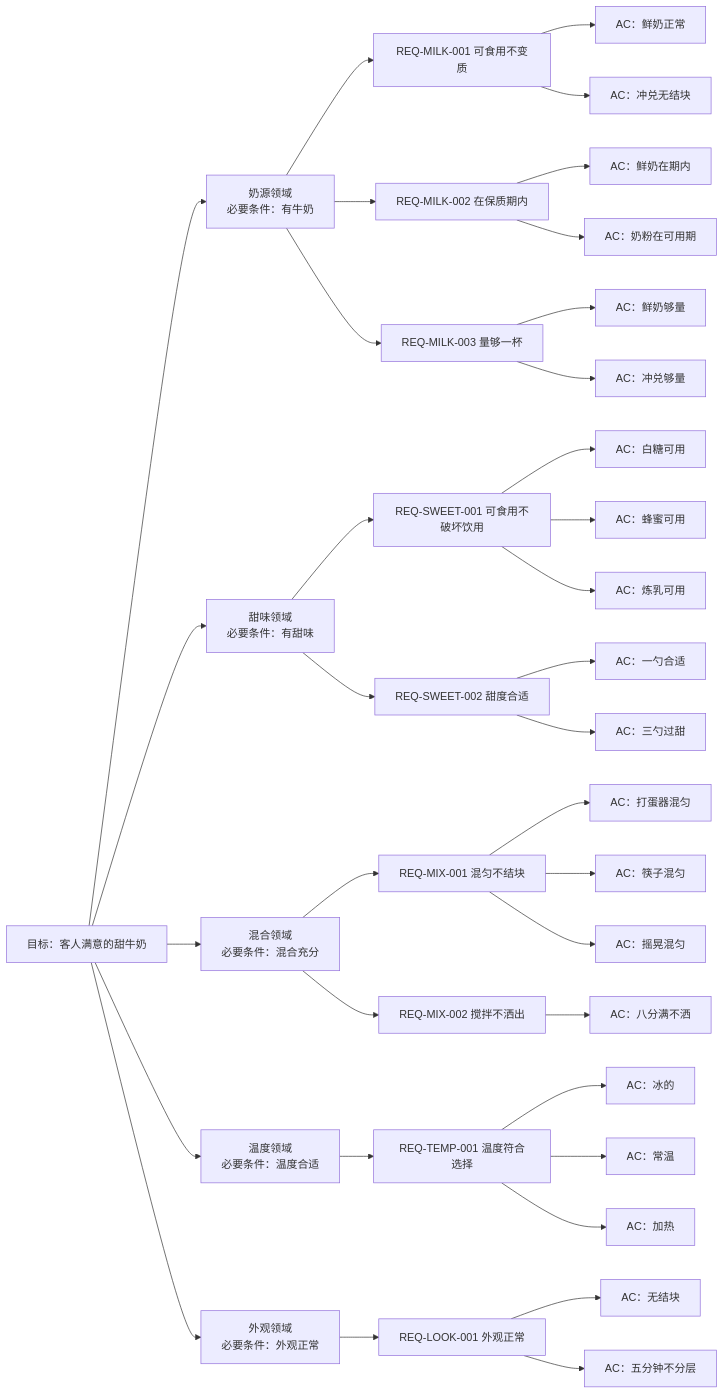
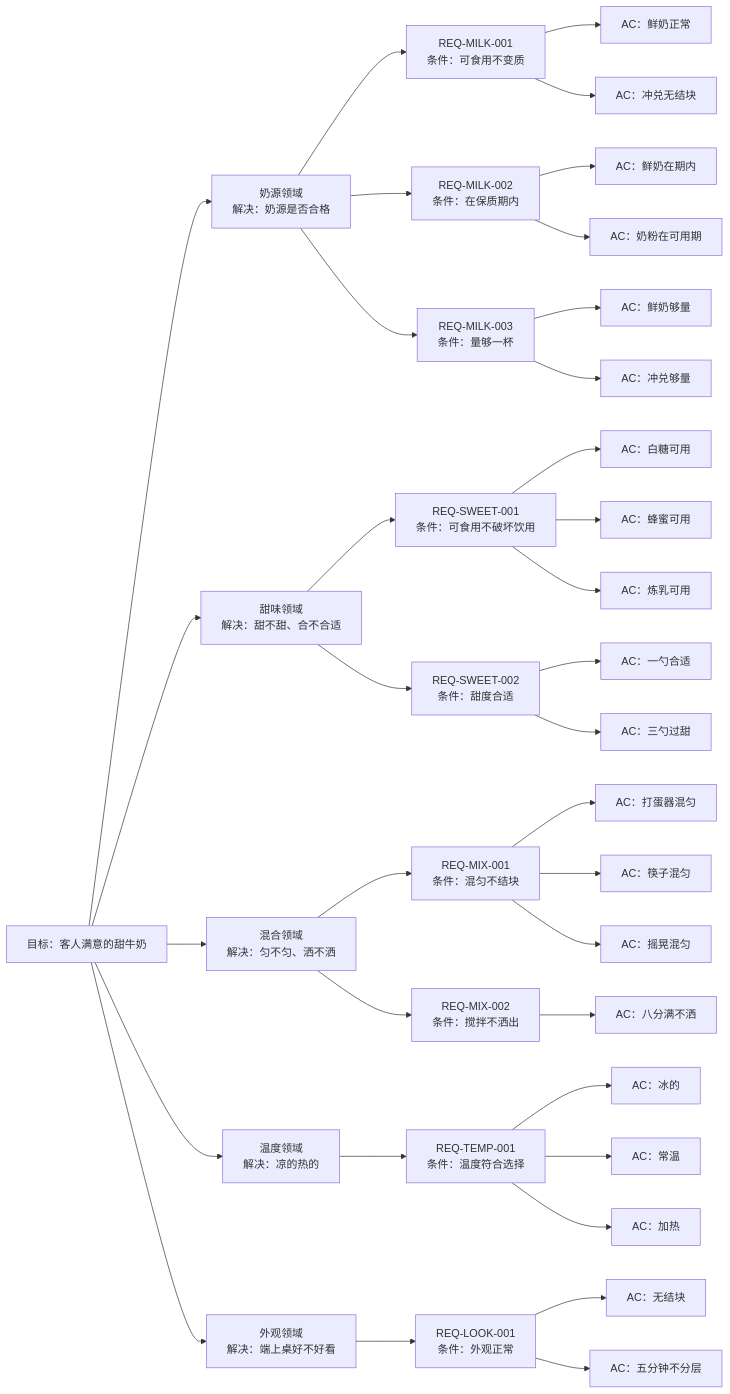
Before and after one commit to morewhyhan/Ignite: the second of 2 diagrams in docs/GOAL.md, drawn with Mermaid. The commit also changed other lines of this file and 1 other file, not shown here.

````diff
--- a/docs/GOAL.md
+++ b/docs/GOAL.md
@@ -239,72 +239,72 @@
 ```mermaid
 flowchart LR
   G["目标：客人满意的甜牛奶"]
-  D1["奶源领域<br/>必要条件：有牛奶"]
-  D2["甜味领域<br/>必要条件：有甜味"]
-  D3["混合领域<br/>必要条件：混合充分"]
-  D4["温度领域<br/>必要条件：温度合适"]
-  D5["外观领域<br/>必要条件：外观正常"]
+  D1["奶源领域<br/>解决：奶源是否合格"]
+  D2["甜味领域<br/>解决：甜不甜、合不合适"]
+  D3["混合领域<br/>解决：匀不匀、洒不洒"]
+  D4["温度领域<br/>解决：凉的热的"]
+  D5["外观领域<br/>解决：端上桌好不好看"]
   G --> D1
   G --> D2
   G --> D3
   G --> D4
   G --> D5
-  R11["REQ-MILK-001 可食用不变质"]
-  R12["REQ-MILK-002 在保质期内"]
-  R13["REQ-MILK-003 量够一杯"]
-  R21["REQ-SWEET-001 可食用不破坏饮用"]
-  R22["REQ-SWEET-002 甜度合适"]
-  R31["REQ-MIX-001 混匀不结块"]
-  R32["REQ-MIX-002 搅拌不洒出"]
-  R41["REQ-TEMP-001 温度符合选择"]
-  R51["REQ-LOOK-001 外观正常"]
+  R11["REQ-MILK-001<br/>条件：可食用不变质"]
+  R12["REQ-MILK-002<br/>条件：在保质期内"]
+  R13["REQ-MILK-003<br/>条件：量够一杯"]
+  R21["REQ-SWEET-001<br/>条件：可食用不破坏饮用"]
+  R22["REQ-SWEET-002<br/>条件：甜度合适"]
+  R31["REQ-MIX-001<br/>条件：混匀不结块"]
+  R32["REQ-MIX-002<br/>条件：搅拌不洒出"]
+  R41["REQ-TEMP-001<br/>条件：温度符合选择"]
+  R51["REQ-LOOK-001<br/>条件：外观正常"]
   D1 --> R11
   D1 --> R12
   D1 --> R13
   D2 --> R21
   D2 --> R22
   D3 --> R31
   D3 --> R32
   D4 --> R41
   D5 --> R51
   A1["AC：鲜奶正常"]
   A2["AC：冲兑无结块"]
   A3["AC：鲜奶在期内"]
   A4["AC：奶粉在可用期"]
   A5["AC：鲜奶够量"]
   A6["AC：冲兑够量"]
   A7["AC：白糖可用"]
   A8["AC：蜂蜜可用"]
   A9["AC：炼乳可用"]
   A10["AC：一勺合适"]
   A11["AC：三勺过甜"]
   A12["AC：打蛋器混匀"]
   A13["AC：筷子混匀"]
   A14["AC：摇晃混匀"]
   A15["AC：八分满不洒"]
   A16["AC：冰的"]
   A17["AC：常温"]
   A18["AC：加热"]
   A19["AC：无结块"]
   A20["AC：五分钟不分层"]
   R11 --> A1
   R11 --> A2
   R12 --> A3
   R12 --> A4
   R13 --> A5
   R13 --> A6
   R21 --> A7
   R21 --> A8
   R21 --> A9
   R22 --> A10
   R22 --> A11
   R31 --> A12
   R31 --> A13
   R31 --> A14
   R32 --> A15
   R41 --> A16
   R41 --> A17
   R41 --> A18
   R51 --> A19
   R51 --> A20
 ```
````
